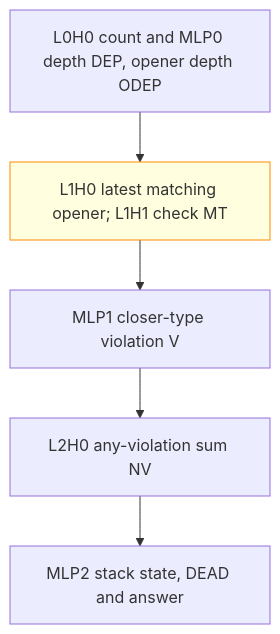
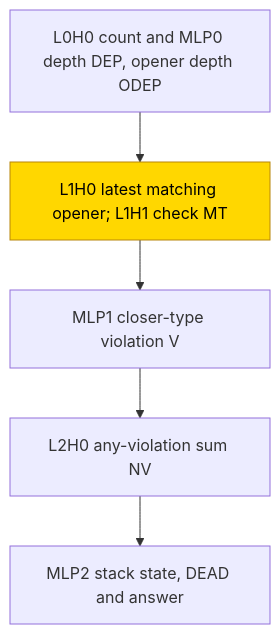
Before and after one commit to jc1122/mechanistic-interpretability-circuit-atlas: the first of 2 diagrams in entries/dyck-k-and-agreement.md, drawn with Mermaid. The commit also changed other lines of this file and 40 other files, not shown here.

First line of the commit message:
Cold-reader pass on all 41 entries: reading routes, first-screen scopes, accessible diagrams, verified headline sources (ux_reader1/2)

````diff
--- a/entries/dyck-k-and-agreement.md
+++ b/entries/dyck-k-and-agreement.md
@@ -78,9 +80,11 @@
 ```mermaid
 flowchart TD
+    accTitle: Hand-built typed-bracket depth and violation route
+    accDescr: A count and depth code feeds matching-opener and checking heads, then violation flags, an any-violation sum and the state readout. Only the match and check attention stage is trained in Dyck PART; the agreement task instead trains its separate later state head.
   A["L0H0 count and MLP0 depth DEP, opener depth ODEP"] --> B["L1H0 latest matching opener; L1H1 check MT"]
   B --> C["MLP1 closer-type violation V"]
   C --> D["L2H0 any-violation sum NV"]
   D --> E["MLP2 stack state, DEAD and answer"]
-  classDef trained fill:lightyellow,stroke:darkorange
+  classDef trained fill:gold,stroke:darkgoldenrod,color:black
   class B trained
 ```
````
